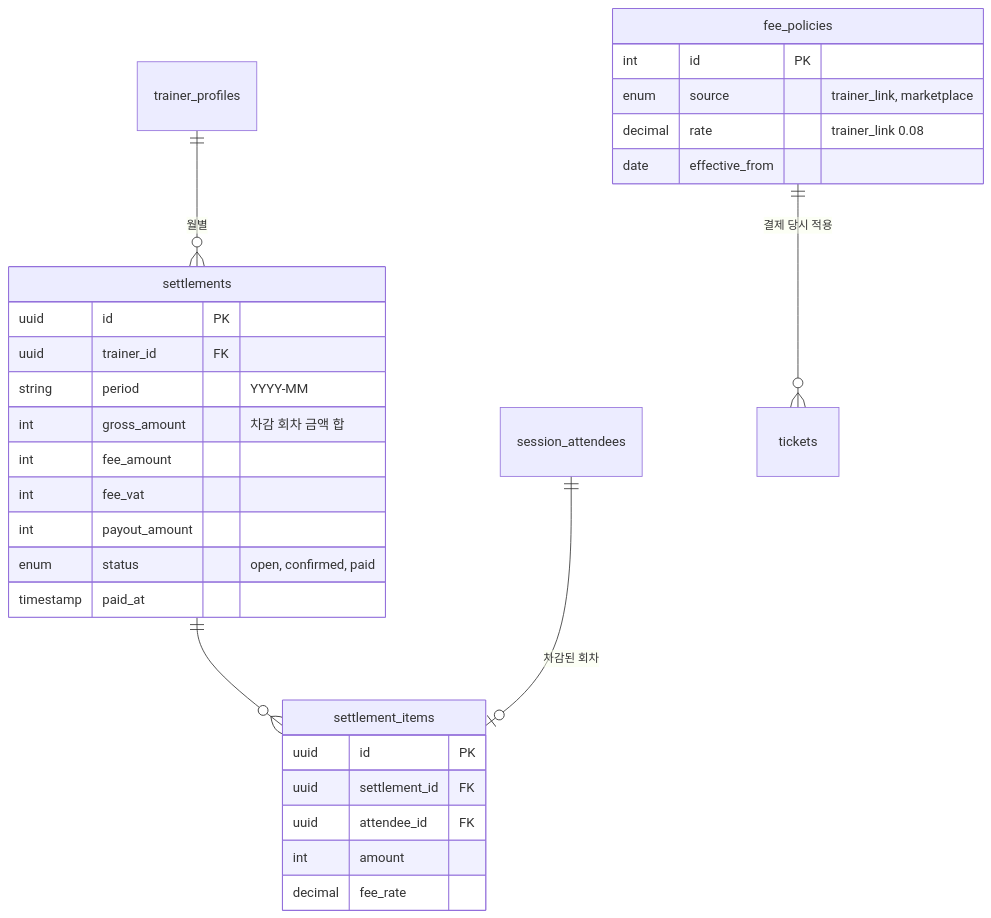
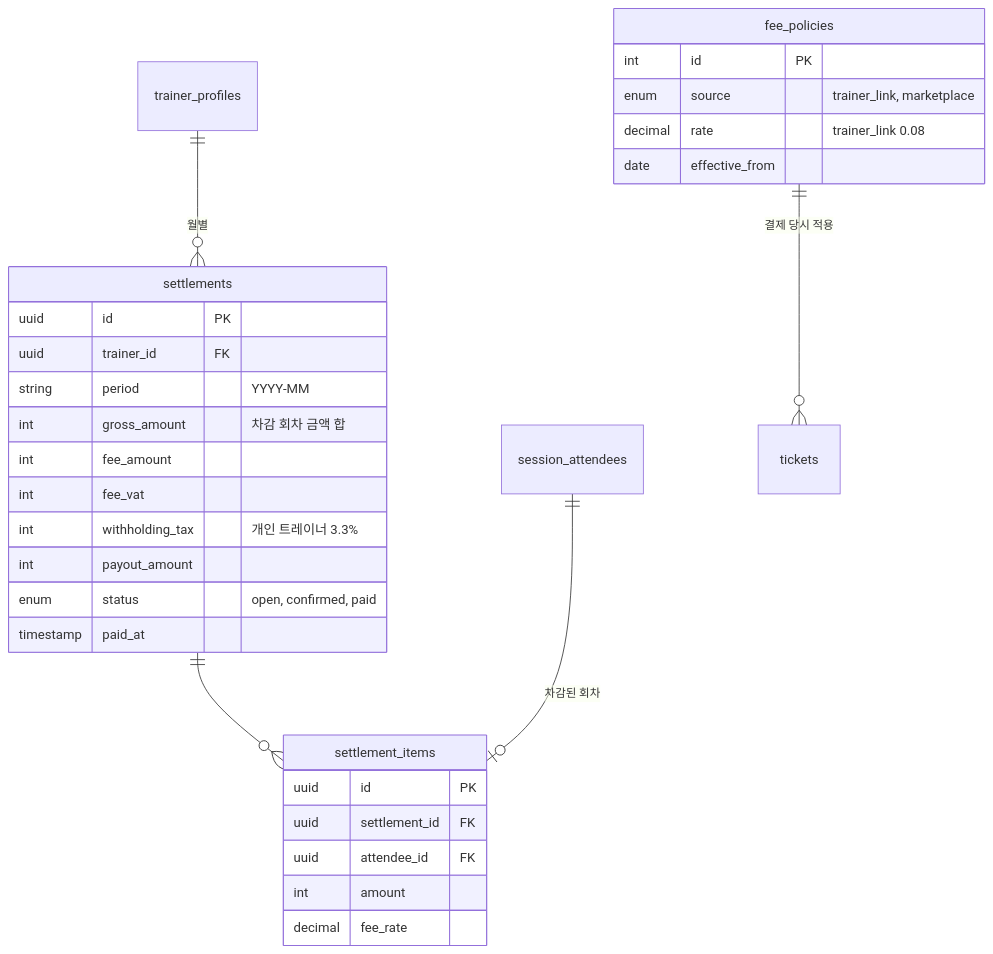
The fifth of 7 diagrams in docs/erd.md (Yun-Jehyeok/vocals), drawn with Mermaid before and after one commit. The commit also changed other lines of this file, not shown here.

First line of the commit message:
docs: ERD에 트레이너 사업자 유형, 원천징수, 연습 영상 보관 기간 반영

````diff
--- a/docs/erd.md
+++ b/docs/erd.md
@@ -327,32 +333,33 @@
 ```mermaid
 erDiagram
     trainer_profiles ||--o{ settlements : "월별"
     settlements ||--o{ settlement_items : ""
     session_attendees ||--o| settlement_items : "차감된 회차"
     fee_policies ||--o{ tickets : "결제 당시 적용"
 
     fee_policies {
         int id PK
         enum source "trainer_link, marketplace"
         decimal rate "trainer_link 0.08"
         date effective_from
     }
     settlements {
         uuid id PK
         uuid trainer_id FK
         string period "YYYY-MM"
         int gross_amount "차감 회차 금액 합"
         int fee_amount
         int fee_vat
+        int withholding_tax "개인 트레이너 3.3%"
         int payout_amount
         enum status "open, confirmed, paid"
         timestamp paid_at
     }
     settlement_items {
         uuid id PK
         uuid settlement_id FK
         uuid attendee_id FK
         int amount
         decimal fee_rate
     }
 ```
````
